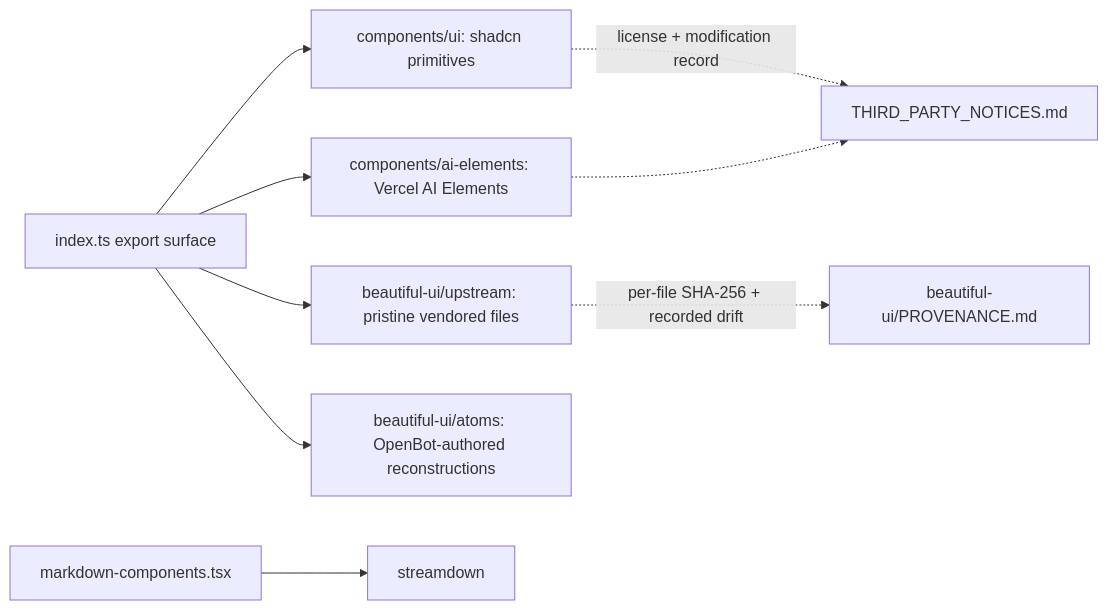
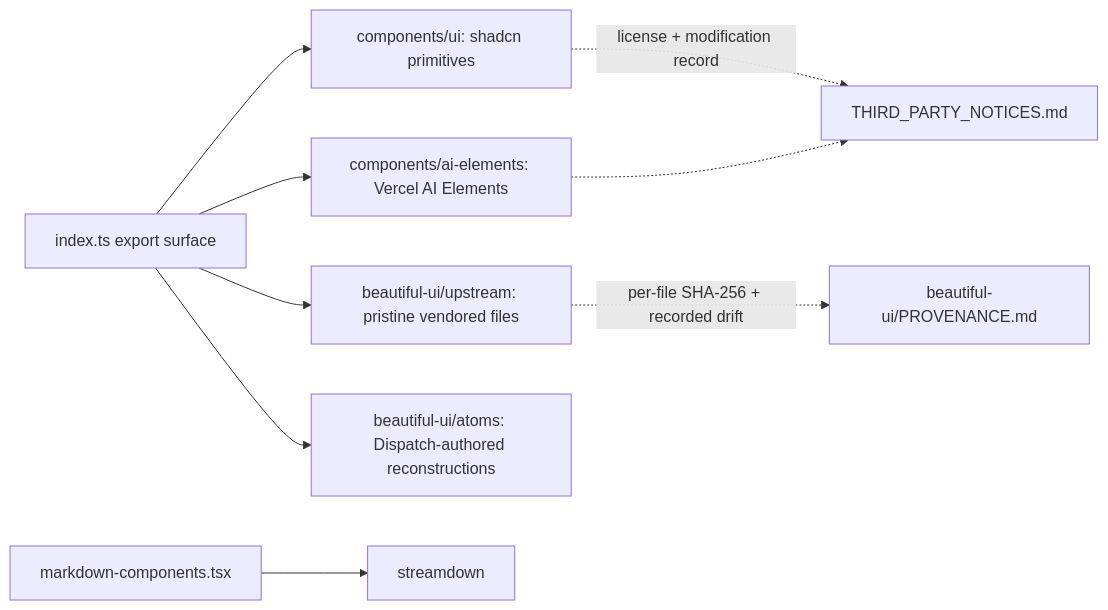
The diagram in docs/updates/50.md (trytilde/dispatch), drawn with Mermaid before and after one commit. The commit also changed other lines of this file and 668 other files, not shown here.

````diff
--- a/docs/updates/50.md
+++ b/docs/updates/50.md
@@ -10,11 +10,11 @@
 ```mermaid
 flowchart LR
   X["index.ts export surface"] --> S["components/ui: shadcn primitives"]
   X --> A["components/ai-elements: Vercel AI Elements"]
   X --> U["beautiful-ui/upstream: pristine vendored files"]
-  X --> T["beautiful-ui/atoms: OpenBot-authored reconstructions"]
+  X --> T["beautiful-ui/atoms: Dispatch-authored reconstructions"]
   U -. "per-file SHA-256 + recorded drift" .-> P["beautiful-ui/PROVENANCE.md"]
   S -. "license + modification record" .-> N["THIRD_PARTY_NOTICES.md"]
   A -.-> N
   M["markdown-components.tsx"] --> D["streamdown"]
 ```
````
